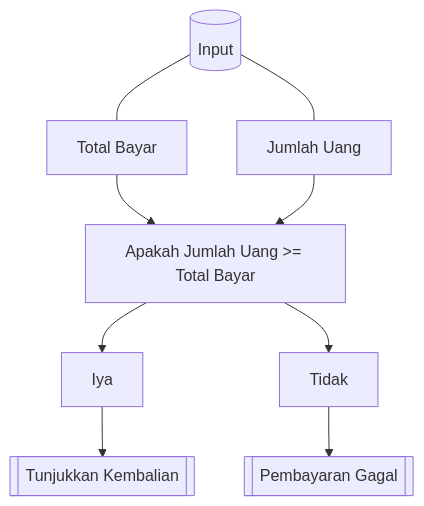
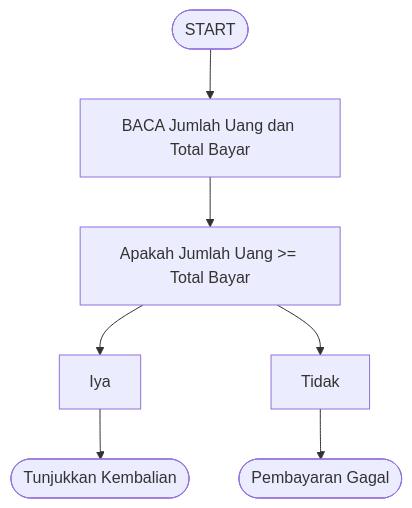
Before and after one commit to semuelT/docs-school: the diagram in content/Informatika/Psudocode.md, drawn with Mermaid. The commit also changed other lines of this file and 3 other files, not shown here.

````diff
--- a/content/Informatika/Psudocode.md
+++ b/content/Informatika/Psudocode.md
@@ -11,11 +12,9 @@
 ```mermaid
 flowchart TB
-	in[(Input)] --- in1[Total Bayar] 
-	in[(Input)] --- in2[Jumlah Uang]
-	in1 --> op1[Apakah Jumlah Uang >= Total Bayar]
-	in2 --> op1[Apakah Jumlah Uang >= Total Bayar]
-	op1 --> rs1[Iya]
-	op1 --> rs2[Tidak]
-	rs1 --> en1[[Tunjukkan Kembalian]]
-	rs2 --> en2[[Pembayaran Gagal]]
+	in([START]) --> re["BACA Jumlah Uang dan Total Bayar"] 
+	re --> op[Apakah Jumlah Uang >= Total Bayar]
+	op --> rs1[Iya]
+	op --> rs2[Tidak]
+	rs1 --> en1([Tunjukkan Kembalian])
+	rs2 --> en2([Pembayaran Gagal])
 ```
````
